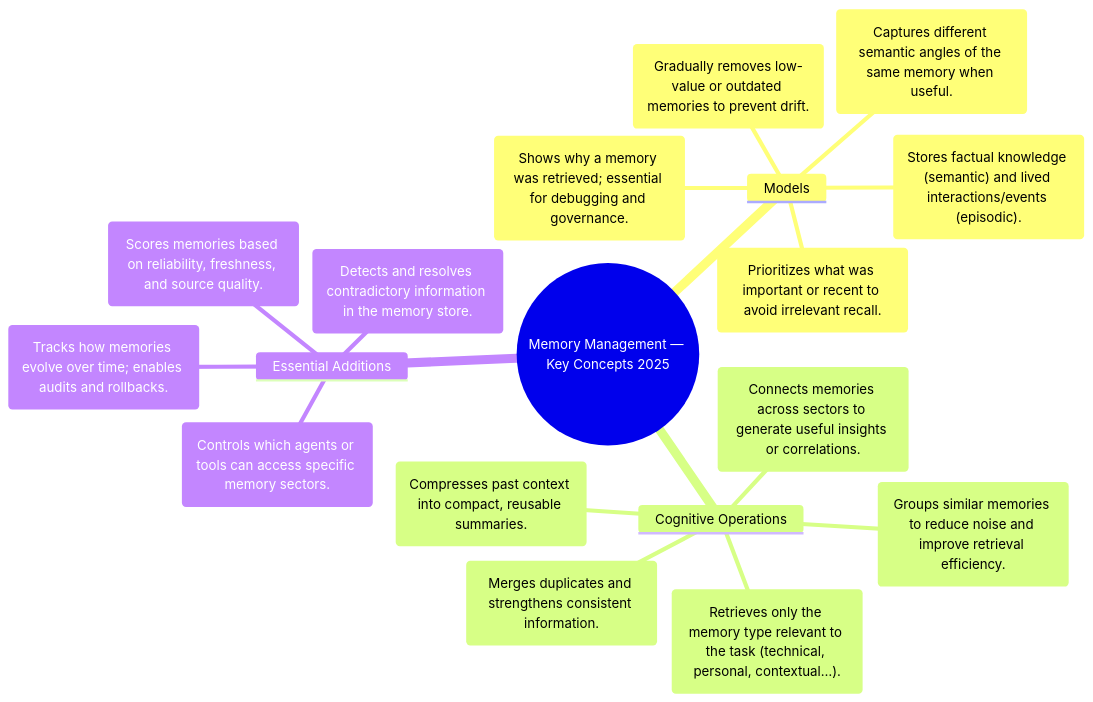
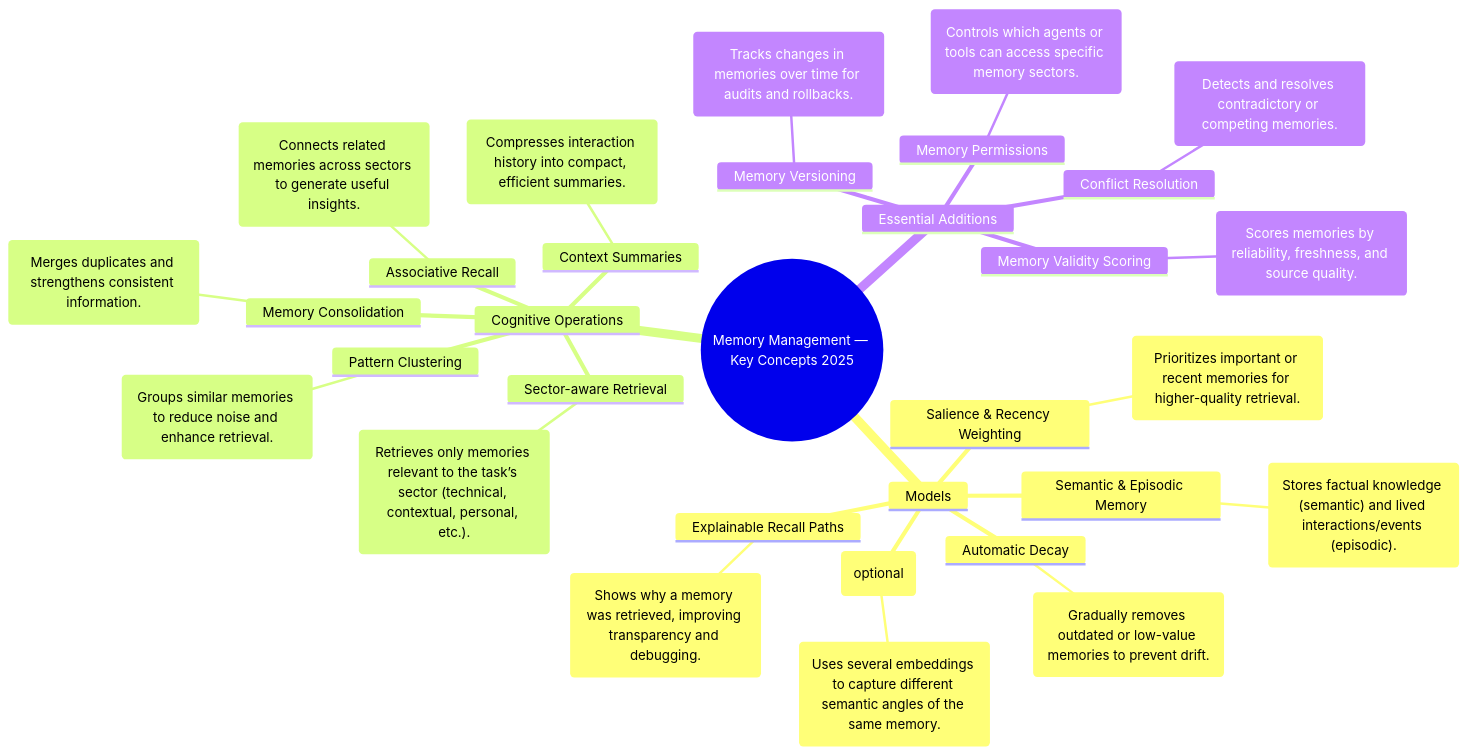
One commit to asiermarques/ai changed the third of 3 diagrams in ai-engineering-lp.md. Above: the diagram before and after it, drawn with Mermaid.

````diff
--- a/ai-engineering-lp.md
+++ b/ai-engineering-lp.md
@@ -81,28 +81,42 @@
 ```mermaid
 ---
 config:
   layout: tidy-tree
 ---
 mindmap
   root((Memory Management — Key Concepts 2025))
 
     Models
-      Semantic & Episodic Memory("Stores factual knowledge (semantic) and lived interactions/events (episodic).")
-      Salience & Recency Weighting("Prioritizes what was important or recent to avoid irrelevant recall.")
-      Automatic Decay("Gradually removes low-value or outdated memories to prevent drift.")
-      Multiple Embeddings("Captures different semantic angles of the same memory when useful.")
-      Explainable Recall Paths("Shows why a memory was retrieved; essential for debugging and governance.")
+      Semantic & Episodic Memory
+        Desc("Stores factual knowledge (semantic) and lived interactions/events (episodic).")
+      Salience & Recency Weighting
+        Desc("Prioritizes important or recent memories for higher-quality retrieval.")
+      Automatic Decay
+        Desc("Gradually removes outdated or low-value memories to prevent drift.")
+      Multiple Embeddings (optional)
+        Desc("Uses several embeddings to capture different semantic angles of the same memory.")
+      Explainable Recall Paths
+        Desc("Shows why a memory was retrieved, improving transparency and debugging.")
 
     Cognitive Operations
-      Pattern Clustering("Groups similar memories to reduce noise and improve retrieval efficiency.")
-      Memory Consolidation("Merges duplicates and strengthens consistent information.")
-      Context Summaries("Compresses past context into compact, reusable summaries.")
-      Sector-aware Retrieval("Retrieves only the memory type relevant to the task (technical, personal, contextual…).")
-      Associative Recall("Connects memories across sectors to generate useful insights or correlations.")
+      Pattern Clustering
+        Desc("Groups similar memories to reduce noise and enhance retrieval.")
+      Memory Consolidation
+        Desc("Merges duplicates and strengthens consistent information.")
+      Context Summaries
+        Desc("Compresses interaction history into compact, efficient summaries.")
+      Sector-aware Retrieval
+        Desc("Retrieves only memories relevant to the task’s sector (technical, contextual, personal, etc.).")
+      Associative Recall
+        Desc("Connects related memories across sectors to generate useful insights.")
 
     Essential Additions
-      Memory Permissions("Controls which agents or tools can access specific memory sectors.")
-      Memory Versioning("Tracks how memories evolve over time; enables audits and rollbacks.")
-      Conflict Resolution("Detects and resolves contradictory information in the memory store.")
-      Memory Validity Scoring("Scores memories based on reliability, freshness, and source quality.")
+      Memory Permissions
+        Desc("Controls which agents or tools can access specific memory sectors.")
+      Memory Versioning
+        Desc("Tracks changes in memories over time for audits and rollbacks.")
+      Conflict Resolution
+        Desc("Detects and resolves contradictory or competing memories.")
+      Memory Validity Scoring
+        Desc("Scores memories by reliability, freshness, and source quality.")
 ```
````
